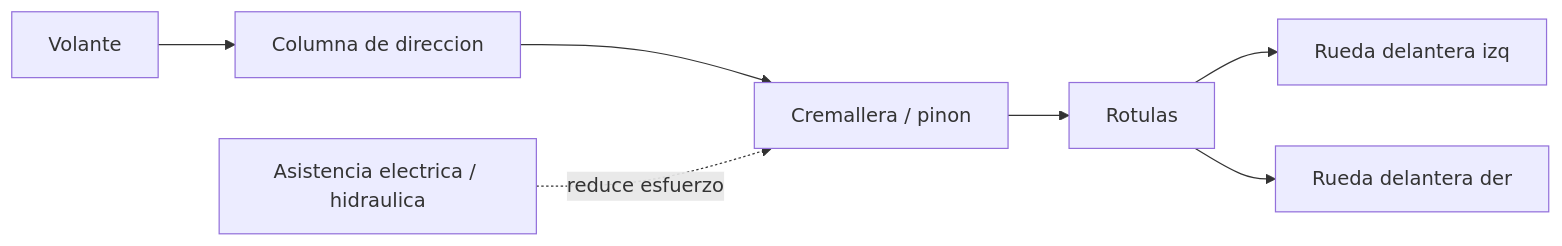
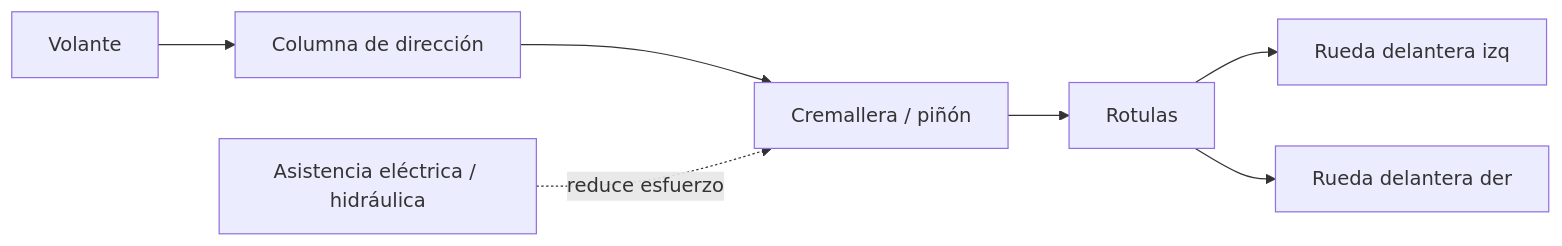
The fourth of 5 diagrams in vehiculos/automoviles/operacion/sistemas-mecanicos-automovil.md (vladimiracunadev-create/machine-operator-program), drawn with Mermaid before and after one commit. The commit also changed other lines of this file and 442 other files, not shown here.

````diff
--- a/vehiculos/automoviles/operacion/sistemas-mecanicos-automovil.md
+++ b/vehiculos/automoviles/operacion/sistemas-mecanicos-automovil.md
@@ -112,9 +112,9 @@
 ```mermaid
 flowchart LR
-    Volante --> Columna[Columna de direccion]
-    Columna --> Cremallera[Cremallera / pinon]
+    Volante --> Columna[Columna de dirección]
+    Columna --> Cremallera[Cremallera / piñón]
     Cremallera --> Rotulas[Rotulas]
     Rotulas --> RuedaI[Rueda delantera izq]
     Rotulas --> RuedaD[Rueda delantera der]
-    Asist[Asistencia electrica / hidraulica] -. reduce esfuerzo .-> Cremallera
+    Asist[Asistencia eléctrica / hidráulica] -. reduce esfuerzo .-> Cremallera
 ```
````
